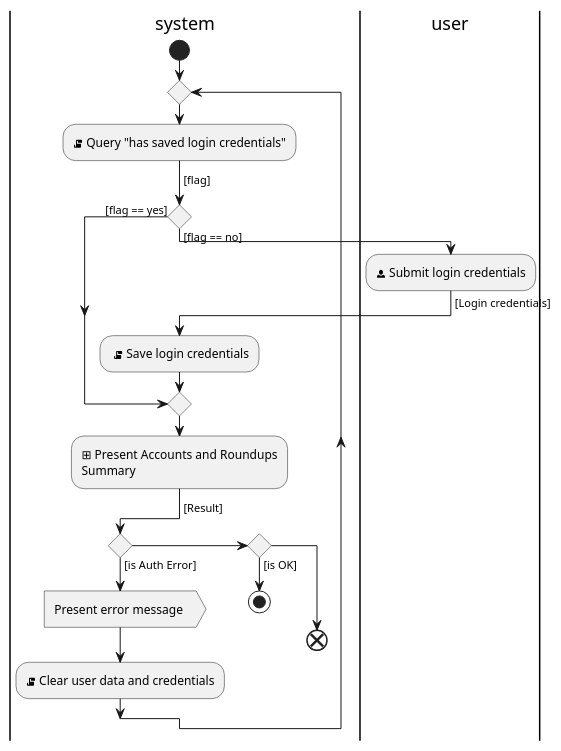
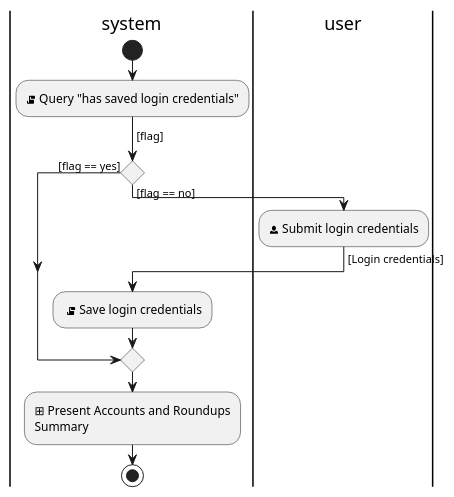
The diagram in diagrams/Startup Activity Diagram.puml (hristo-stefanov/MiniBankingDemo), drawn with PlantUML before and after one commit. The commit also changed 1 other file, not shown here.

Commit message:
Simplify use cases and their diagrams

```diff
--- a/diagrams/Startup Activity Diagram.puml
+++ b/diagrams/Startup Activity Diagram.puml
@@ -1,29 +1,18 @@
 @startuml
 'https://plantuml.com/activity-diagram-beta
 |system|
 start
-while ()
 :<&script> Query "has saved login credentials";
 -> [flag];
 if () then ([flag == yes])
 else ([flag == no])
     |user|
     :<&person> Submit login credentials;
     -> [Login credentials];
     |system|
     : <&script> Save login credentials;
 endif
     :⊞ Present Accounts and Roundups
     Summary;
-    -> [Result];
-    if () then  ([is Auth Error])
-        :Present error message >
-        :<&script> Clear user data and credentials;
-    elseif () then ([is OK])
-        stop
-    else
-        end
-    endif
-end while
--[hidden]->
+    stop;
 @enduml
```
